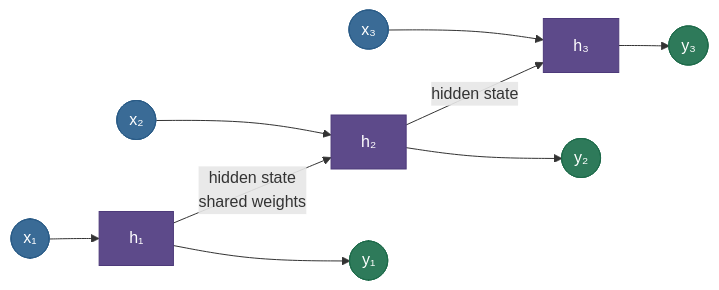
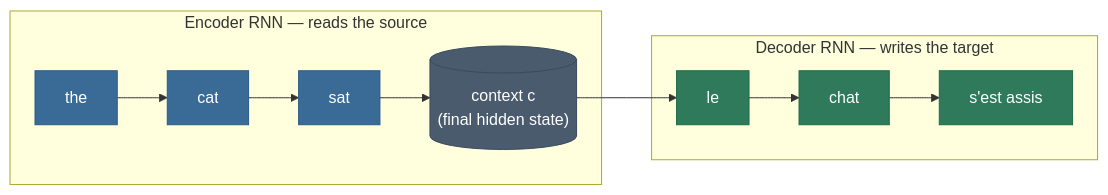
The second of 2 diagrams in 05. Deep_Learning/concepts/14-RNN-LSTM-GRU.md (sudhir13s/AI-ML-learning-resources), drawn with Mermaid before and after one commit. The commit also changed other lines of this file and 7 other files, not shown here.

````diff
--- a/05. Deep_Learning/concepts/14-RNN-LSTM-GRU.md
+++ b/05. Deep_Learning/concepts/14-RNN-LSTM-GRU.md
@@ -51,15 +350,13 @@
 ```mermaid
 graph LR
-    X1(["x₁"]):::data --> H1["h₁"]:::process
-    X2(["x₂"]):::data --> H2["h₂"]:::process
-    X3(["x₃"]):::data --> H3["h₃"]:::process
-    H1 -->|"hidden state<br/>shared weights"| H2
-    H2 -->|"hidden state"| H3
-    H1 --> Y1(["y₁"]):::out
-    H2 --> Y2(["y₂"]):::out
-    H3 --> Y3(["y₃"]):::out
+    subgraph ENC["Encoder RNN — reads the source"]
+    E1["the"]:::data --> E2["cat"]:::data --> E3["sat"]:::data --> C[("context c<br/>(final hidden state)")]:::frozen
+    end
+    subgraph DEC["Decoder RNN — writes the target"]
+    C --> D1["le"]:::out --> D2["chat"]:::out --> D3["s'est assis"]:::out
+    end
 
     classDef data fill:#3A6B96,stroke:#2A5B86,color:#fff
-    classDef process fill:#5D4A8A,stroke:#4D3A7A,color:#fff
+    classDef frozen fill:#4A5B6E,stroke:#3A4B5E,color:#fff
     classDef out fill:#2E7A5A,stroke:#1E6A4A,color:#fff
 ```
````
